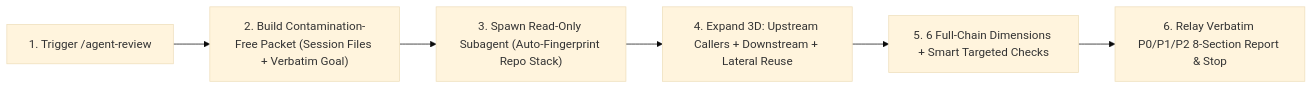
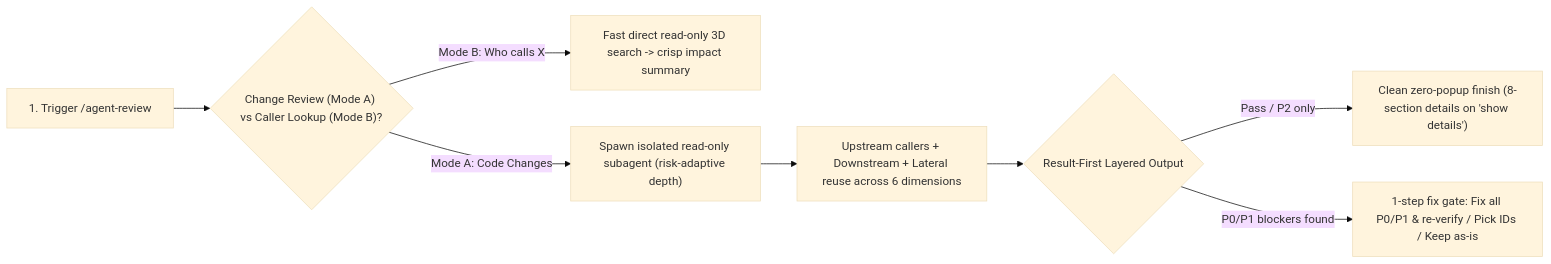
Before and after one commit to lastxuanain/ainward-skills: the diagram in skills/agent-review/README.md, drawn with Mermaid (base theme). The commit also changed other lines of this file and 10 other files, not shown here.

Commit message:
feat: align work-report, agent-review, and code-sync to Result-First UX

````diff
--- a/skills/agent-review/README.md
+++ b/skills/agent-review/README.md
@@ -26,8 +27,10 @@
 ```mermaid
 flowchart LR
-    A["1. Trigger /agent-review"] --> B["2. Build Contamination-Free Packet (Session Files + Verbatim Goal)"]
-    B --> C["3. Spawn Read-Only Subagent (Auto-Fingerprint Repo Stack)"]
-    C --> D["4. Expand 3D: Upstream Callers + Downstream + Lateral Reuse"]
-    D --> E["5. 6 Full-Chain Dimensions + Smart Targeted Checks"]
-    E --> F["6. Relay Verbatim P0/P1/P2 8-Section Report & Stop"]
+    A["1. Trigger /agent-review"] --> B{"Change Review (Mode A) vs Caller Lookup (Mode B)?"}
+    B -- "Mode B: Who calls X" --> C["Fast direct read-only 3D search -> crisp impact summary"]
+    B -- "Mode A: Code Changes" --> D["Spawn isolated read-only subagent (risk-adaptive depth)"]
+    D --> E["Upstream callers + Downstream + Lateral reuse across 6 dimensions"]
+    E --> F{"Result-First Layered Output"}
+    F -- "Pass / P2 only" --> G["Clean zero-popup finish (8-section details on 'show details')"]
+    F -- "P0/P1 blockers found" --> H["1-step fix gate: Fix all P0/P1 & re-verify / Pick IDs / Keep as-is"]
 ```
````
